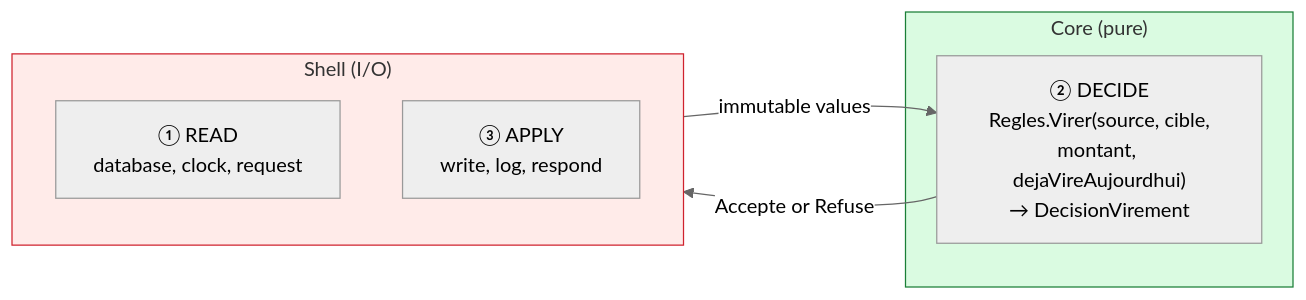
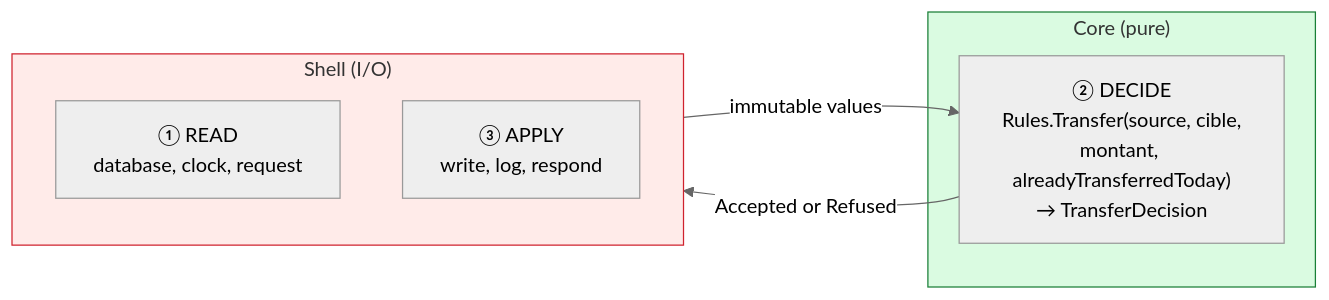
One commit to drangoht/ArchitecturesDemo changed the first of 2 diagrams in Docs/en/04-coeur-fonctionnel.md. Above: the diagram before and after it, drawn with Mermaid (neutral theme). The commit also changed other lines of this file and 78 other files, not shown here.

First line of the commit message:
Docs EN : identifiants, liens, diagrammes et sorties alignés sur le code anglais

````diff
--- a/Docs/en/04-coeur-fonctionnel.md
+++ b/Docs/en/04-coeur-fonctionnel.md
@@ -17,18 +17,18 @@
 ```mermaid
 flowchart LR
     subgraph Coquille["Shell (I/O)"]
         direction TB
         L["① READ<br/>database, clock, request"]
         A["③ APPLY<br/>write, log, respond"]
     end
     subgraph Coeur["Core (pure)"]
-        D["② DECIDE<br/>Regles.Virer(source, cible,<br/>montant, dejaVireAujourdhui)<br/>→ DecisionVirement"]
+        D["② DECIDE<br/>Rules.Transfer(source, cible,<br/>montant, alreadyTransferredToday)<br/>→ TransferDecision"]
     end
     L -->|"immutable values"| D
-    D -->|"Accepte or Refuse"| A
+    D -->|"Accepted or Refused"| A
 
     classDef pur fill:#dafbe1,stroke:#1a7f37
     classDef impur fill:#ffebe9,stroke:#cf222e
     class Coeur pur
     class Coquille impur
 ```
````
